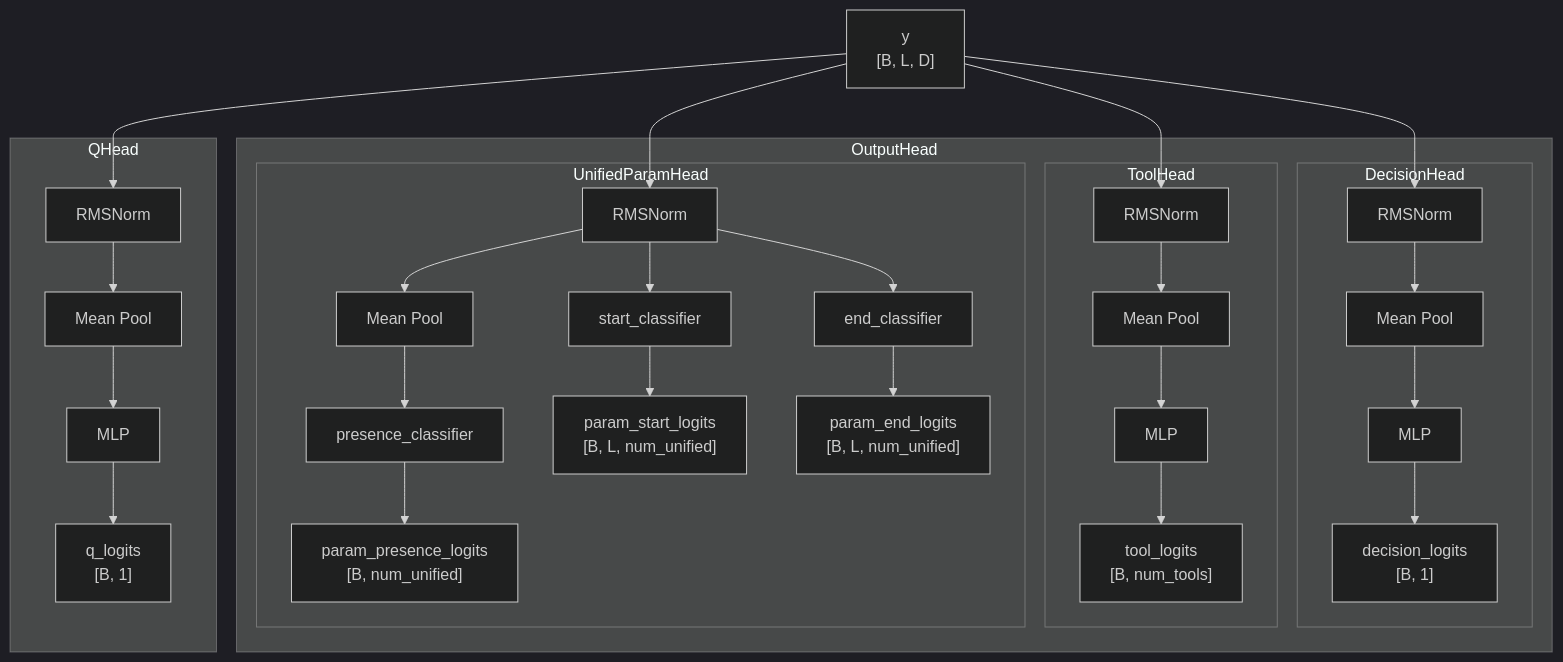
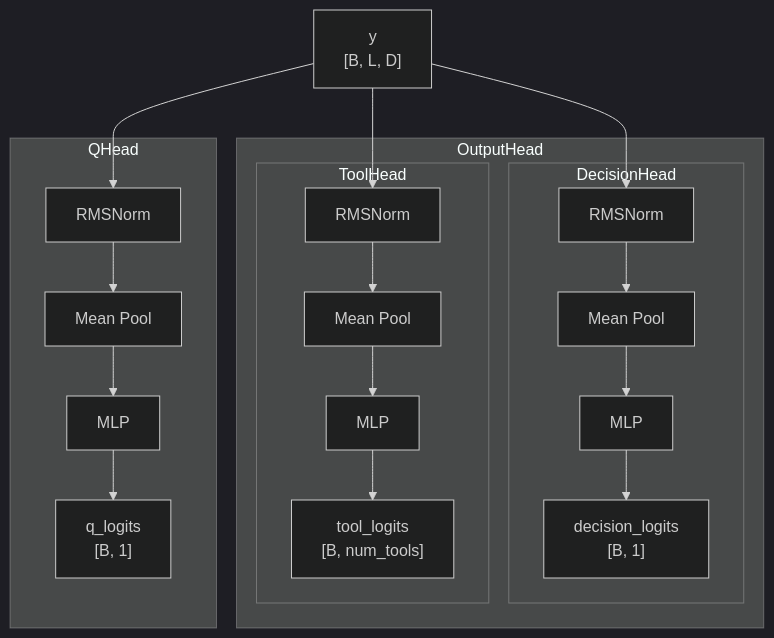
One commit to hienhayho/trm_agent changed the seventh of 17 diagrams in docs/03_model_architecture.md. Above: the diagram before and after it, drawn with Mermaid (dark theme). The commit also changed other lines of this file and 26 other files, not shown here.

````diff
--- a/docs/03_model_architecture.md
+++ b/docs/03_model_architecture.md
@@ -334,46 +336,31 @@
 ```mermaid
 flowchart TB
     y["y<br/>[B, L, D]"]
 
     subgraph OutputHead["OutputHead"]
         subgraph Decision["DecisionHead"]
             D_Norm["RMSNorm"]
             D_Pool["Mean Pool"]
             D_MLP["MLP"]
             D_Out["decision_logits<br/>[B, 1]"]
         end
 
         subgraph Tool["ToolHead"]
             T_Norm["RMSNorm"]
             T_Pool["Mean Pool"]
             T_MLP["MLP"]
             T_Out["tool_logits<br/>[B, num_tools]"]
         end
-
-        subgraph Unified["UnifiedParamHead"]
-            U_Norm["RMSNorm"]
-            U_Start["start_classifier"]
-            U_End["end_classifier"]
-            U_Pool["Mean Pool"]
-            U_Presence["presence_classifier"]
-            U_Out1["param_start_logits<br/>[B, L, num_unified]"]
-            U_Out2["param_end_logits<br/>[B, L, num_unified]"]
-            U_Out3["param_presence_logits<br/>[B, num_unified]"]
-        end
     end
 
     subgraph QH["QHead"]
         Q_Norm["RMSNorm"]
         Q_Pool["Mean Pool"]
         Q_MLP["MLP"]
         Q_Out["q_logits<br/>[B, 1]"]
     end
 
     y --> D_Norm --> D_Pool --> D_MLP --> D_Out
     y --> T_Norm --> T_Pool --> T_MLP --> T_Out
-    y --> U_Norm
-    U_Norm --> U_Start --> U_Out1
-    U_Norm --> U_End --> U_Out2
-    U_Norm --> U_Pool --> U_Presence --> U_Out3
     y --> Q_Norm --> Q_Pool --> Q_MLP --> Q_Out
 ```
````
